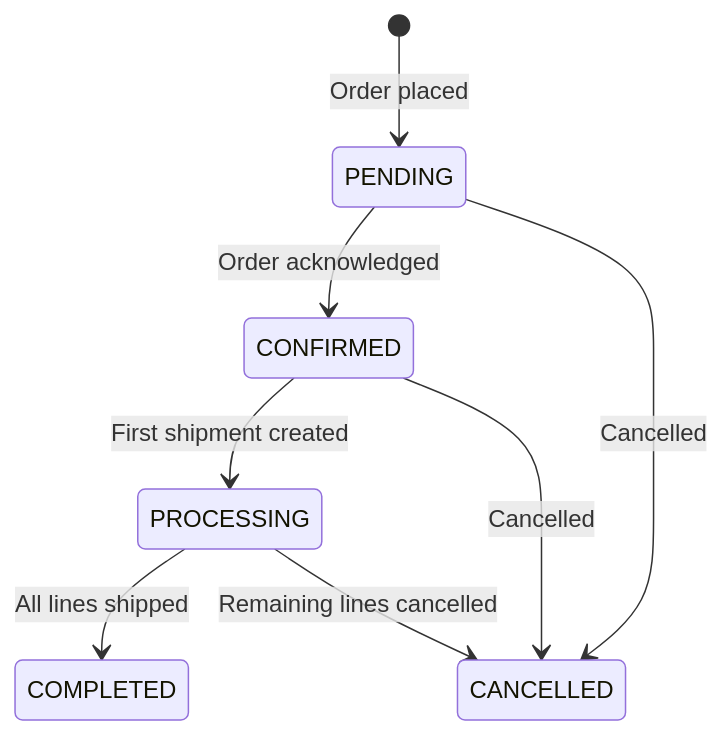
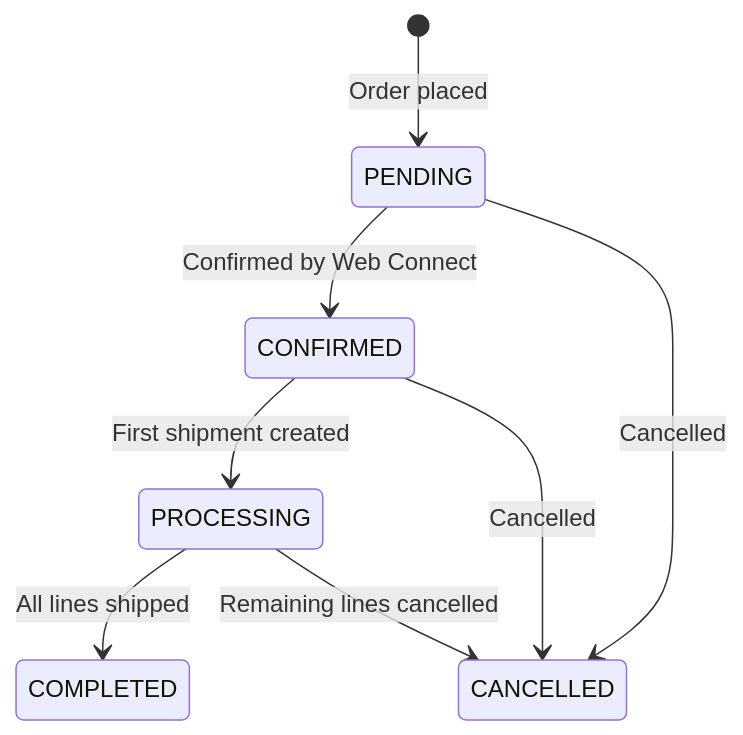
Before and after one commit to Combine-IT-ab/docs-general: the second of 2 diagrams in docs/products/web-connect/integrations/centra/overview.md, drawn with Mermaid. The commit also changed other lines of this file and 1 other file, not shown here.

````diff
--- a/docs/products/web-connect/integrations/centra/overview.md
+++ b/docs/products/web-connect/integrations/centra/overview.md
@@ -26,10 +85,10 @@
 ```mermaid
 stateDiagram-v2
     [*] --> PENDING : Order placed
-    PENDING --> CONFIRMED : Order acknowledged
+    PENDING --> CONFIRMED : Confirmed by Web Connect
     CONFIRMED --> PROCESSING : First shipment created
     PROCESSING --> COMPLETED : All lines shipped
     PENDING --> CANCELLED : Cancelled
     CONFIRMED --> CANCELLED : Cancelled
     PROCESSING --> CANCELLED : Remaining lines cancelled
 ```
````
